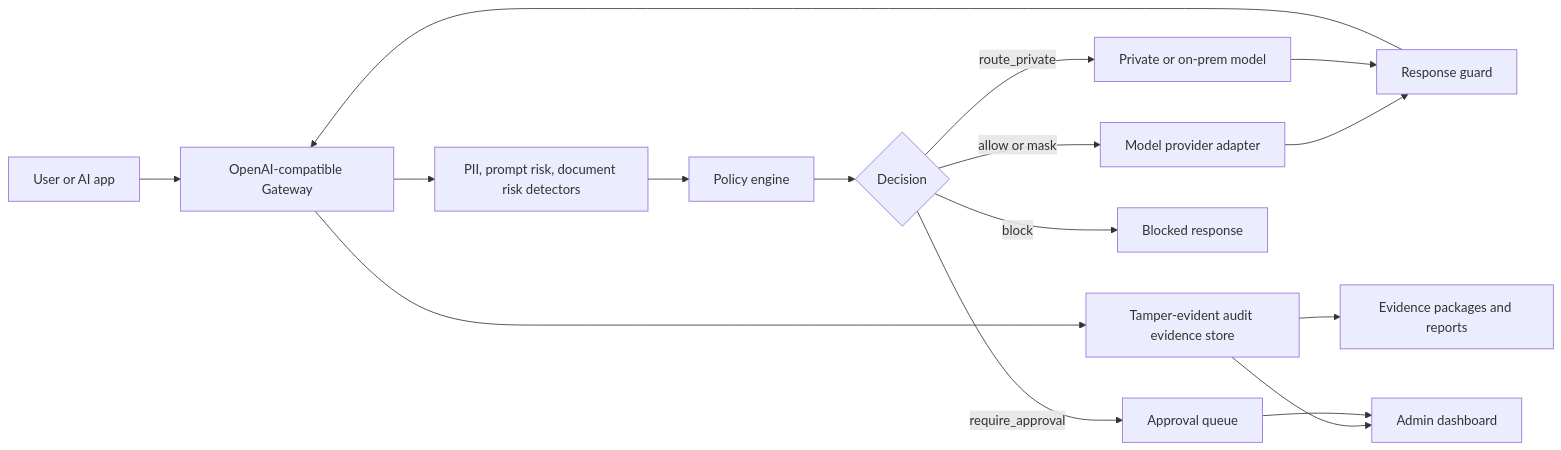
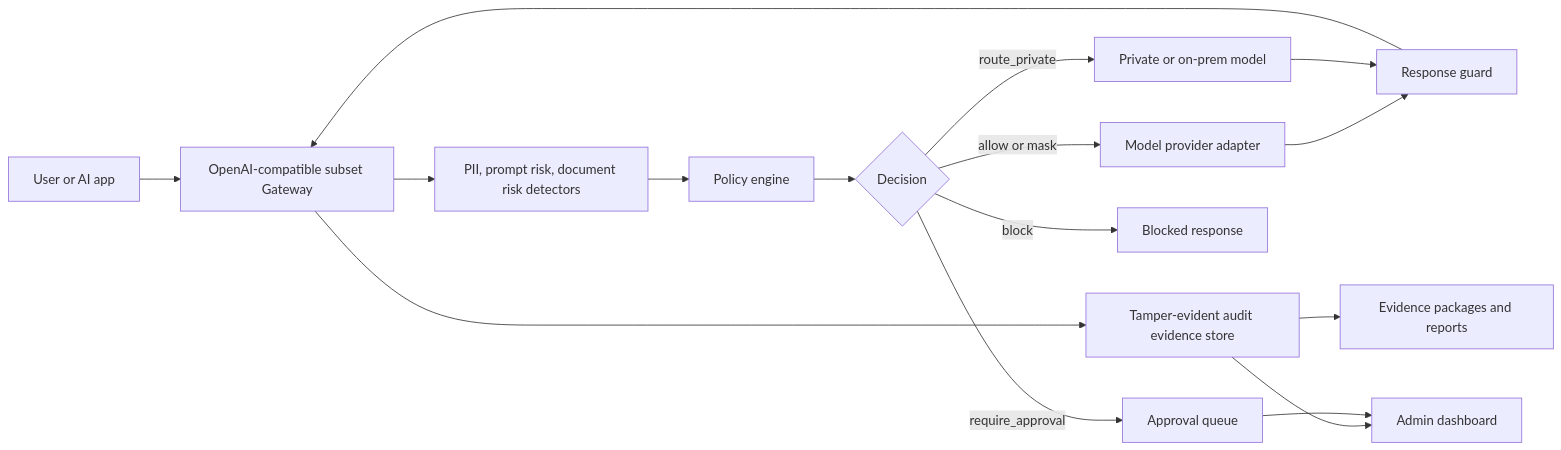
Before and after one commit to sinmb79/k-ai-security-gateway: the first of 2 diagrams in README.md, drawn with Mermaid. The commit also changed other lines of this file and 22 other files, not shown here.

````diff
--- a/README.md
+++ b/README.md
@@ -50,18 +50,18 @@
 ```mermaid
 flowchart LR
-    User["User or AI app"] --> Gateway["OpenAI-compatible Gateway"]
+    User["User or AI app"] --> Gateway["OpenAI-compatible subset Gateway"]
     Gateway --> Detectors["PII, prompt risk, document risk detectors"]
     Detectors --> Policy["Policy engine"]
     Policy --> Decision{"Decision"}
     Decision -->|allow or mask| Provider["Model provider adapter"]
     Decision -->|route_private| PrivateModel["Private or on-prem model"]
     Decision -->|require_approval| Approval["Approval queue"]
     Decision -->|block| Blocked["Blocked response"]
     Provider --> ResponseGuard["Response guard"]
     PrivateModel --> ResponseGuard
     ResponseGuard --> Gateway
     Gateway --> Audit["Tamper-evident audit evidence store"]
     Audit --> Reports["Evidence packages and reports"]
     Audit --> Admin["Admin dashboard"]
     Approval --> Admin
 ```
````
